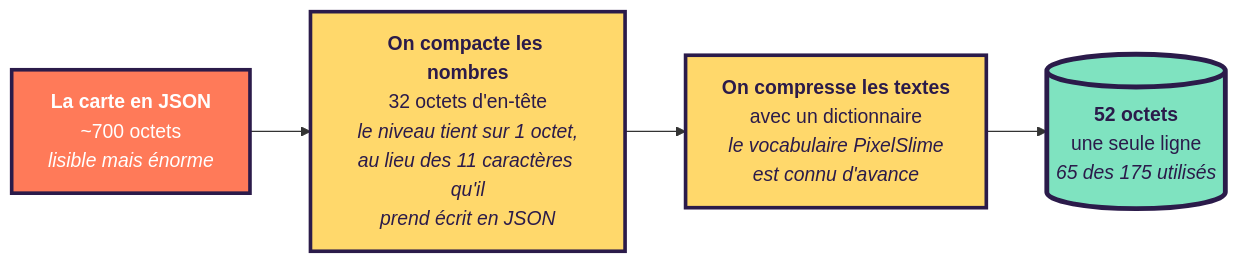
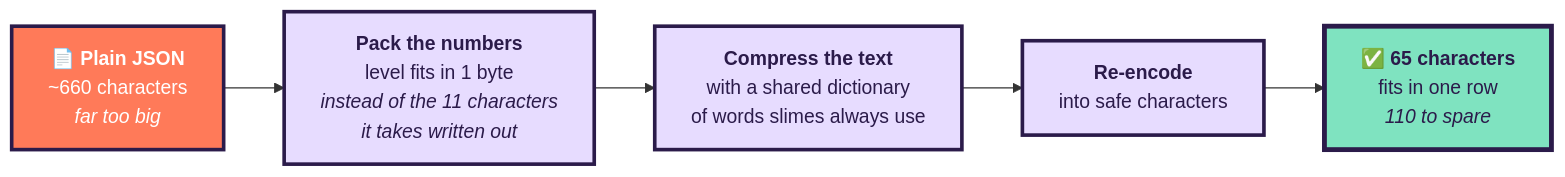
One commit to fredgis/pixelslime changed the second of 4 diagrams in docs/EASYLEARN.md. Above: the diagram before and after it, drawn with Mermaid. The commit also changed other lines of this file and 10 other files, not shown here.

````diff
--- a/docs/EASYLEARN.md
+++ b/docs/EASYLEARN.md
@@ -78,17 +64,17 @@
 ```mermaid
 flowchart LR
-    J["<b>La carte en JSON</b><br/>~700 octets<br/><i>lisible mais énorme</i>"]
-    P["<b>On compacte les nombres</b><br/>32 octets d'en-tête<br/><i>le niveau tient sur 1 octet,<br/>au lieu des 11 caractères qu'il<br/>prend écrit en JSON</i>"]
-    Z["<b>On compresse les textes</b><br/>avec un dictionnaire<br/><i>le vocabulaire PixelSlime<br/>est connu d'avance</i>"]
-    R[("<b>52 octets</b><br/>une seule ligne<br/><i>65 des 175 utilisés</i>")]
+    J["📄 <b>Plain JSON</b><br/>~660 characters<br/><i>far too big</i>"]
+    P["<b>Pack the numbers</b><br/>level fits in 1 byte<br/><i>instead of the 11 characters<br/>it takes written out</i>"]
+    Z["<b>Compress the text</b><br/>with a shared dictionary<br/>of words slimes always use"]
+    E["<b>Re-encode</b><br/>into safe characters"]
+    R["✅ <b>65 characters</b><br/>fits in one row<br/><i>110 to spare</i>"]
 
-    J --> P --> Z --> R
+    J --> P --> Z --> E --> R
 
-    classDef big  fill:#FF7A59,stroke:#2B1B4A,stroke-width:3px,color:#FFFFFF
-    classDef mid  fill:#FFD86B,stroke:#2B1B4A,stroke-width:3px,color:#2B1B4A
+    classDef bad  fill:#FF7A59,stroke:#2B1B4A,stroke-width:3px,color:#FFFFFF
+    classDef step fill:#E7DCFF,stroke:#2B1B4A,stroke-width:3px,color:#2B1B4A
     classDef good fill:#7FE3C0,stroke:#2B1B4A,stroke-width:4px,color:#2B1B4A
-
-    class J big
-    class P,Z mid
+    class J bad
+    class P,Z,E step
     class R good
 ```
````
